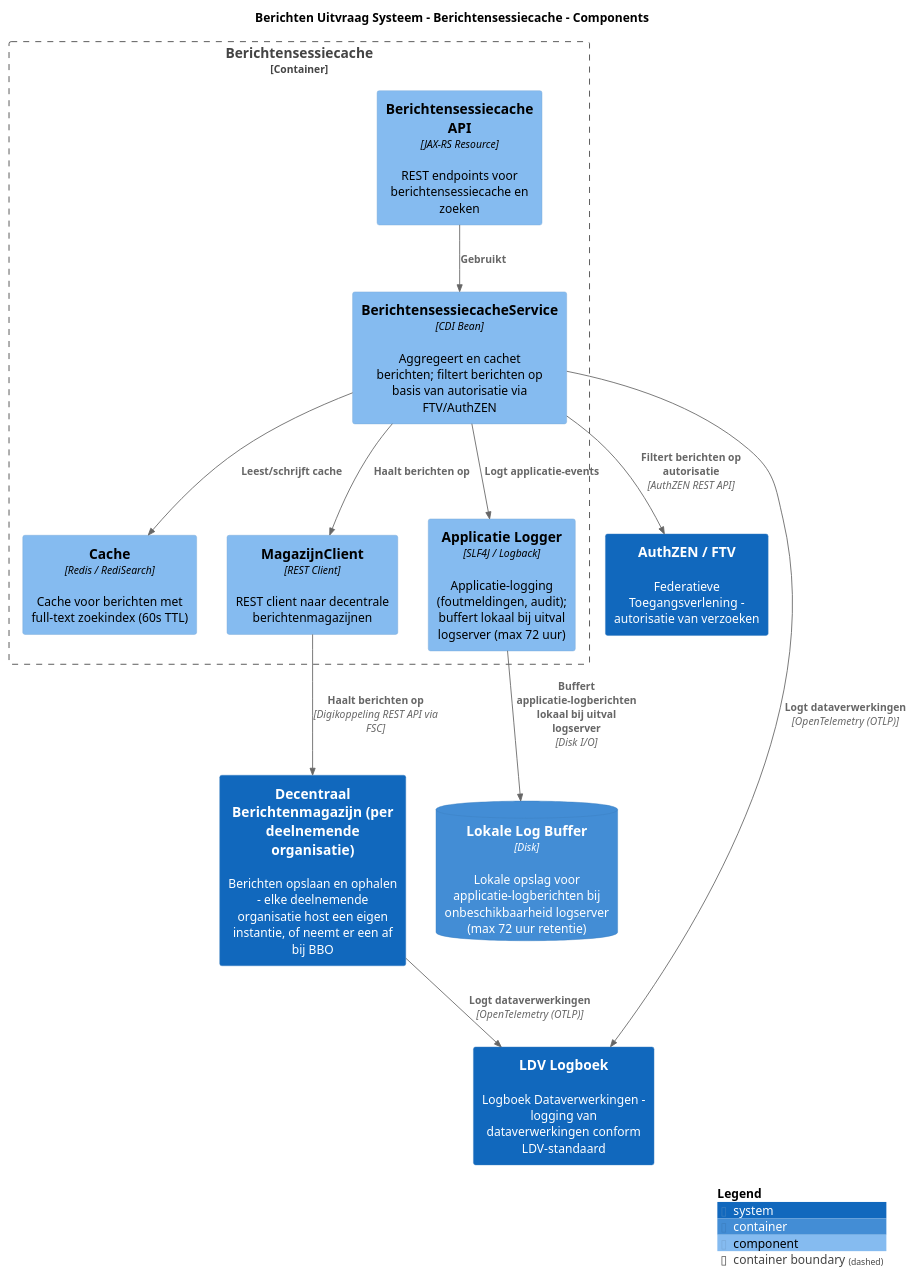
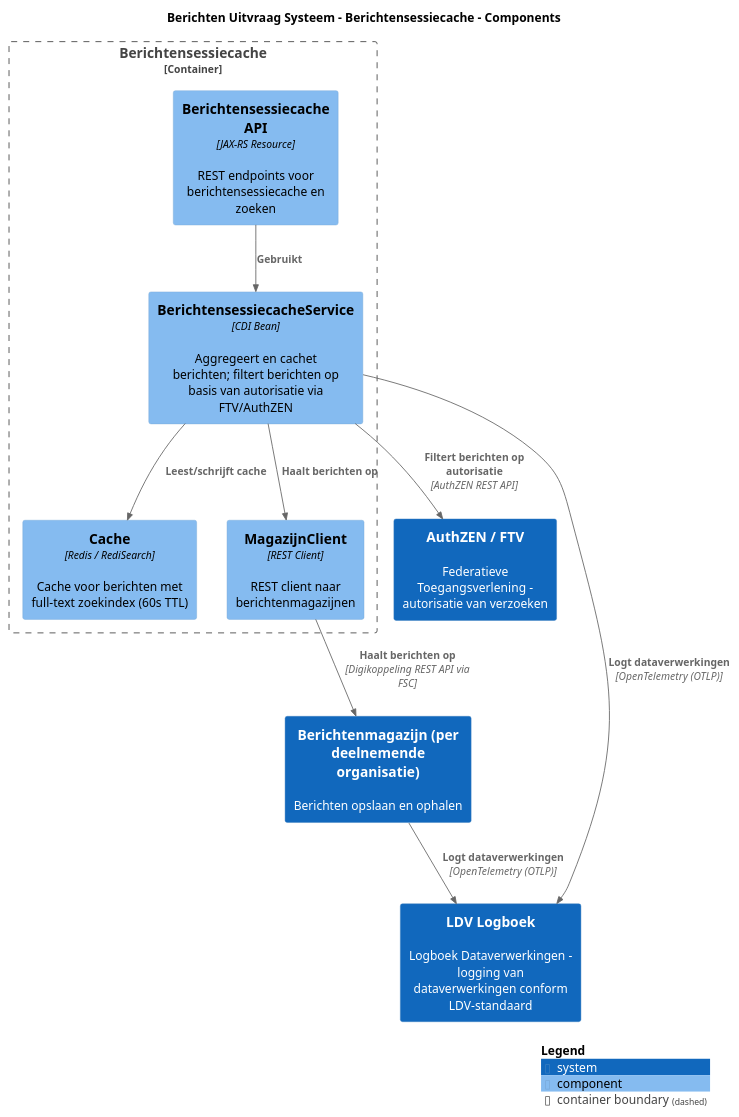
One commit to MinBZK/moza-poc-fbs-berichtenbox changed the diagram in pr-preview/pr-16/master/puml/BerichtensessiecacheComponenten.puml. Above: the diagram before and after it, drawn with PlantUML. The commit also changed 122 other files, not shown here.

```diff
--- a/pr-preview/pr-16/master/puml/BerichtensessiecacheComponenten.puml
+++ b/pr-preview/pr-16/master/puml/BerichtensessiecacheComponenten.puml
@@ -1,36 +1,31 @@
 @startuml
 set separator none
 title Berichten Uitvraag Systeem - Berichtensessiecache - Components
 
 top to bottom direction
 
 !include <C4/C4>
 !include <C4/C4_Context>
-!include <C4/C4_Container>
 !include <C4/C4_Component>
 
 System(AuthZENFTV, "AuthZEN / FTV", $descr="Federatieve Toegangsverlening - autorisatie van verzoeken", $tags="", $link="")
-System(DecentraalBerichtenmagazijnperdeelnemendeorganisatie, "Decentraal Berichtenmagazijn (per deelnemende organisatie)", $descr="Berichten opslaan en ophalen - elke deelnemende organisatie host een eigen instantie, of neemt er een af bij BBO", $tags="", $link="")
-ContainerDb(BerichtenUitvraagSysteem.LokaleLogBuffer, "Lokale Log Buffer", $techn="Disk", $descr="Lokale opslag voor applicatie-logberichten bij onbeschikbaarheid logserver (max 72 uur retentie)", $tags="", $link="")
+System(Berichtenmagazijnperdeelnemendeorganisatie, "Berichtenmagazijn (per deelnemende organisatie)", $descr="Berichten opslaan en ophalen", $tags="", $link="")
 System(LDVLogboek, "LDV Logboek", $descr="Logboek Dataverwerkingen - logging van dataverwerkingen conform LDV-standaard", $tags="", $link="")
 
 Container_Boundary("BerichtenUitvraagSysteem.Berichtensessiecache_boundary", "Berichtensessiecache", $tags="") {
   Component(BerichtenUitvraagSysteem.Berichtensessiecache.BerichtensessiecacheAPI, "Berichtensessiecache API", $techn="JAX-RS Resource", $descr="REST endpoints voor berichtensessiecache en zoeken", $tags="", $link="")
   Component(BerichtenUitvraagSysteem.Berichtensessiecache.BerichtensessiecacheService, "BerichtensessiecacheService", $techn="CDI Bean", $descr="Aggregeert en cachet berichten; filtert berichten op basis van autorisatie via FTV/AuthZEN", $tags="", $link="")
   Component(BerichtenUitvraagSysteem.Berichtensessiecache.Cache, "Cache", $techn="Redis / RediSearch", $descr="Cache voor berichten met full-text zoekindex (60s TTL)", $tags="", $link="")
-  Component(BerichtenUitvraagSysteem.Berichtensessiecache.MagazijnClient, "MagazijnClient", $techn="REST Client", $descr="REST client naar decentrale berichtenmagazijnen", $tags="", $link="")
-  Component(BerichtenUitvraagSysteem.Berichtensessiecache.ApplicatieLogger, "Applicatie Logger", $techn="SLF4J / Logback", $descr="Applicatie-logging (foutmeldingen, audit); buffert lokaal bij uitval logserver (max 72 uur)", $tags="", $link="")
+  Component(BerichtenUitvraagSysteem.Berichtensessiecache.MagazijnClient, "MagazijnClient", $techn="REST Client", $descr="REST client naar berichtenmagazijnen", $tags="", $link="")
 }
 
 Rel(BerichtenUitvraagSysteem.Berichtensessiecache.BerichtensessiecacheService, LDVLogboek, "Logt dataverwerkingen", $techn="OpenTelemetry (OTLP)", $tags="", $link="")
 Rel(BerichtenUitvraagSysteem.Berichtensessiecache.BerichtensessiecacheAPI, BerichtenUitvraagSysteem.Berichtensessiecache.BerichtensessiecacheService, "Gebruikt", $techn="", $tags="", $link="")
 Rel(BerichtenUitvraagSysteem.Berichtensessiecache.BerichtensessiecacheService, BerichtenUitvraagSysteem.Berichtensessiecache.Cache, "Leest/schrijft cache", $techn="", $tags="", $link="")
 Rel(BerichtenUitvraagSysteem.Berichtensessiecache.BerichtensessiecacheService, BerichtenUitvraagSysteem.Berichtensessiecache.MagazijnClient, "Haalt berichten op", $techn="", $tags="", $link="")
-Rel(BerichtenUitvraagSysteem.Berichtensessiecache.BerichtensessiecacheService, BerichtenUitvraagSysteem.Berichtensessiecache.ApplicatieLogger, "Logt applicatie-events", $techn="", $tags="", $link="")
-Rel(BerichtenUitvraagSysteem.Berichtensessiecache.ApplicatieLogger, BerichtenUitvraagSysteem.LokaleLogBuffer, "Buffert applicatie-logberichten lokaal bij uitval logserver", $techn="Disk I/O", $tags="", $link="")
 Rel(BerichtenUitvraagSysteem.Berichtensessiecache.BerichtensessiecacheService, AuthZENFTV, "Filtert berichten op autorisatie", $techn="AuthZEN REST API", $tags="", $link="")
-Rel(BerichtenUitvraagSysteem.Berichtensessiecache.MagazijnClient, DecentraalBerichtenmagazijnperdeelnemendeorganisatie, "Haalt berichten op", $techn="Digikoppeling REST API via FSC", $tags="", $link="")
-Rel(DecentraalBerichtenmagazijnperdeelnemendeorganisatie, LDVLogboek, "Logt dataverwerkingen", $techn="OpenTelemetry (OTLP)", $tags="", $link="")
+Rel(BerichtenUitvraagSysteem.Berichtensessiecache.MagazijnClient, Berichtenmagazijnperdeelnemendeorganisatie, "Haalt berichten op", $techn="Digikoppeling REST API via FSC", $tags="", $link="")
+Rel(Berichtenmagazijnperdeelnemendeorganisatie, LDVLogboek, "Logt dataverwerkingen", $techn="OpenTelemetry (OTLP)", $tags="", $link="")
 
 SHOW_LEGEND(true)
 @enduml
```
